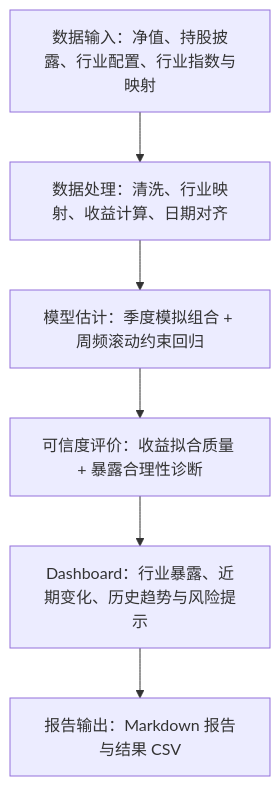
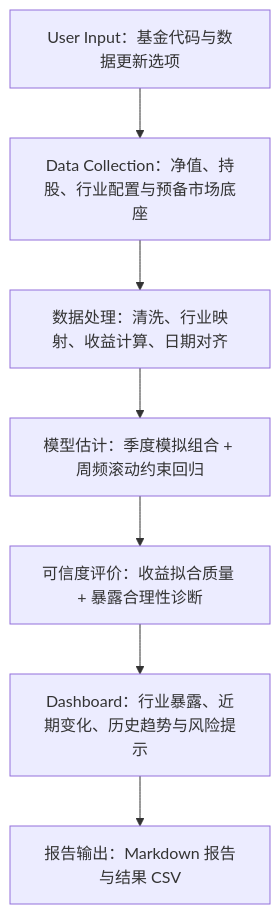
Before and after one commit to Aequanimis/FundTrace-public: the diagram in README.md, drawn with Mermaid. The commit also changed other lines of this file and 1 other file, not shown here.

````diff
--- a/README.md
+++ b/README.md
@@ -23,10 +25,11 @@
 ```mermaid
 flowchart TD
-    A[数据输入：净值、持股披露、行业配置、行业指数与映射]
+    U[User Input：基金代码与数据更新选项]
+    A[Data Collection：净值、持股、行业配置与预备市场底座]
     B[数据处理：清洗、行业映射、收益计算、日期对齐]
     C[模型估计：季度模拟组合 + 周频滚动约束回归]
     D[可信度评价：收益拟合质量 + 暴露合理性诊断]
     E[Dashboard：行业暴露、近期变化、历史趋势与风险提示]
     F[报告输出：Markdown 报告与结果 CSV]
-    A --> B --> C --> D --> E --> F
+    U --> A --> B --> C --> D --> E --> F
 ```
````
